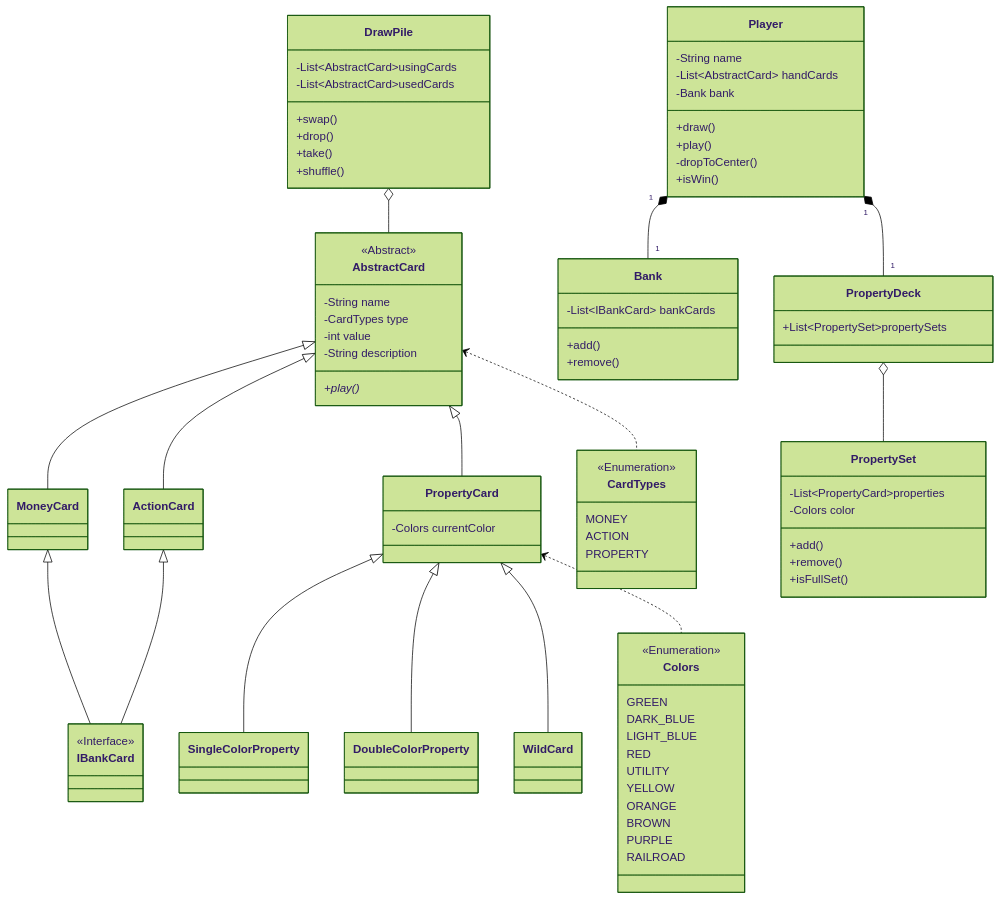
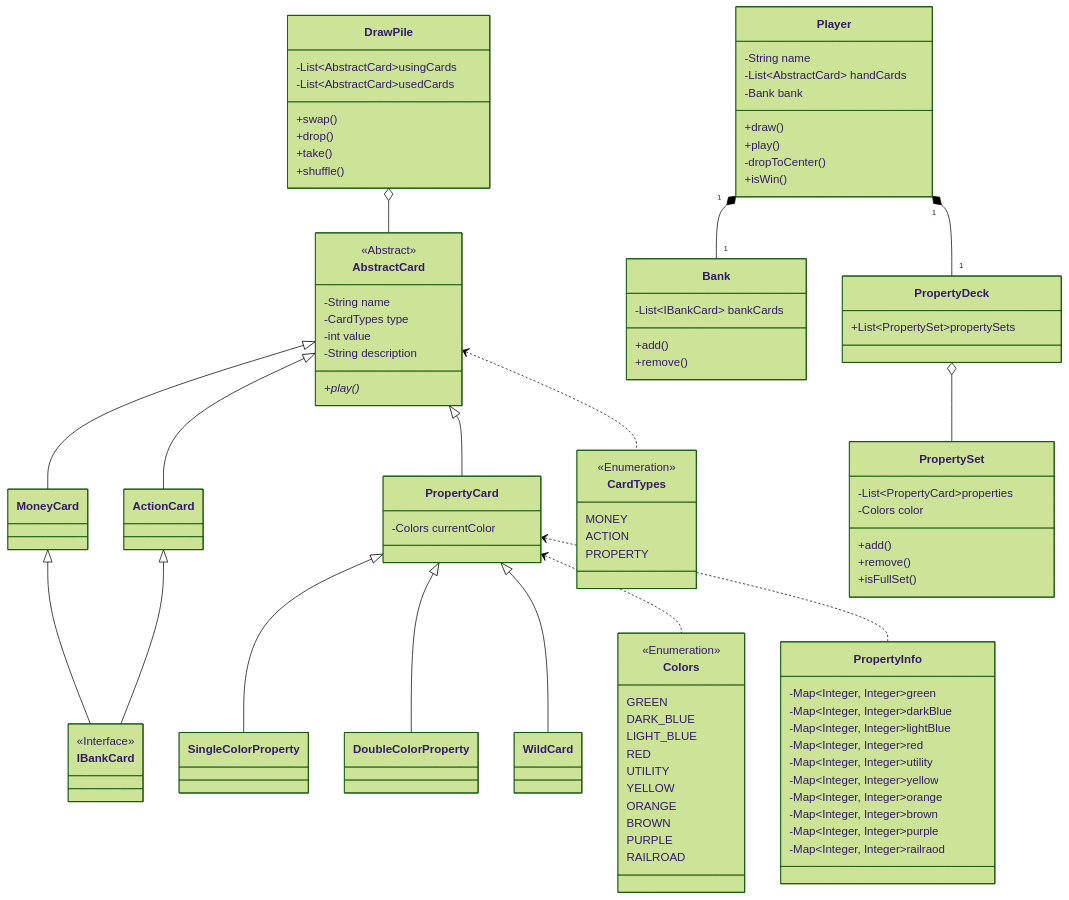
One commit to KelvinQiu802/comp2004 changed the diagram in README.md. Above: the diagram before and after it, drawn with Mermaid (forest theme).

Commit message:
docs: update class diagram

````diff
--- a/README.md
+++ b/README.md
@@ -31,6 +31,7 @@
 	PropertyCard <|-- WildCard
 	PropertyCard <.. Colors
 	PropertyDeck o-- PropertySet
+	PropertyCard <.. PropertyInfo
 	
 	class AbstractCard{
 		<<Abstract>>
@@ -116,4 +117,17 @@
 		+remove()
 		+isFullSet()
 	}
+	
+	class PropertyInfo{
+		-Map~Integer, Integer~green
+		-Map~Integer, Integer~darkBlue
+		-Map~Integer, Integer~lightBlue
+		-Map~Integer, Integer~red
+		-Map~Integer, Integer~utility
+		-Map~Integer, Integer~yellow
+		-Map~Integer, Integer~orange
+		-Map~Integer, Integer~brown
+		-Map~Integer, Integer~purple
+		-Map~Integer, Integer~railraod
+	}
 ```
````
